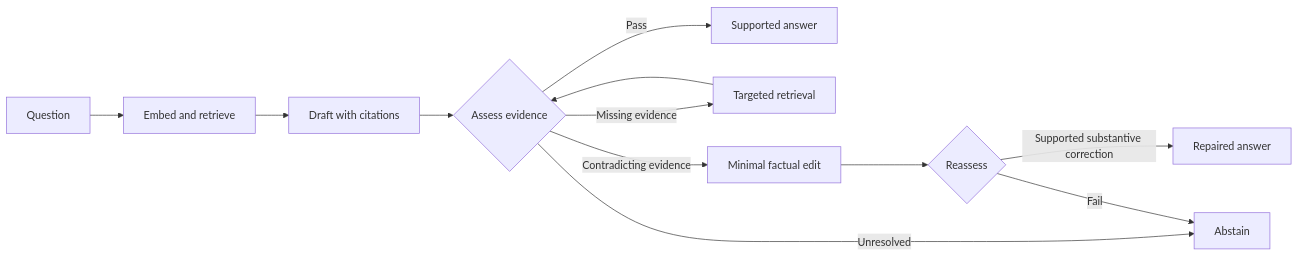
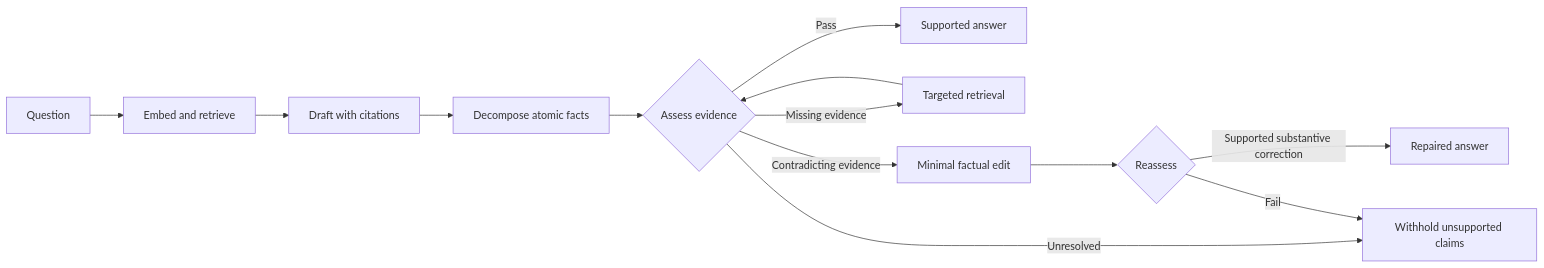
One commit to iamrakiib/veriqon changed the first of 2 diagrams in README.md. Above: the diagram before and after it, drawn with Mermaid. The commit also changed other lines of this file and 2 other files, not shown here.

Commit message:
Document RAC release validation and measured provider latency [skip ci]

````diff
--- a/README.md
+++ b/README.md
@@ -40,14 +41,15 @@
 ```mermaid
 flowchart LR
     A[Question] --> B[Embed and retrieve]
     B --> C[Draft with citations]
-    C --> D{Assess evidence}
+    C --> K[Decompose atomic facts]
+    K --> D{Assess evidence}
     D -->|Pass| E[Supported answer]
     D -->|Missing evidence| J[Targeted retrieval]
     J --> D
     D -->|Contradicting evidence| F[Minimal factual edit]
     D -->|Unresolved| I[Withhold unsupported claims]
     F --> G{Reassess}
     G -->|Supported substantive correction| H[Repaired answer]
-    G -->|Fail| I[Abstain]
+    G -->|Fail| I
 ```
````
